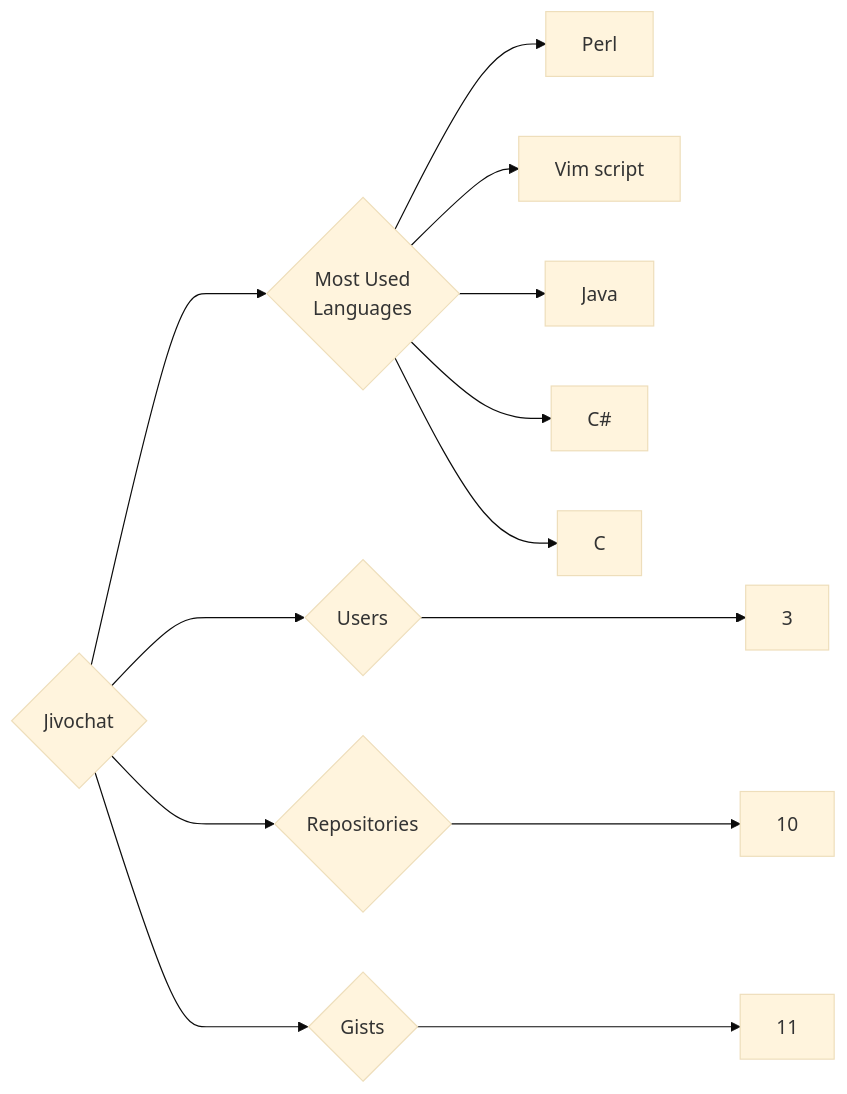
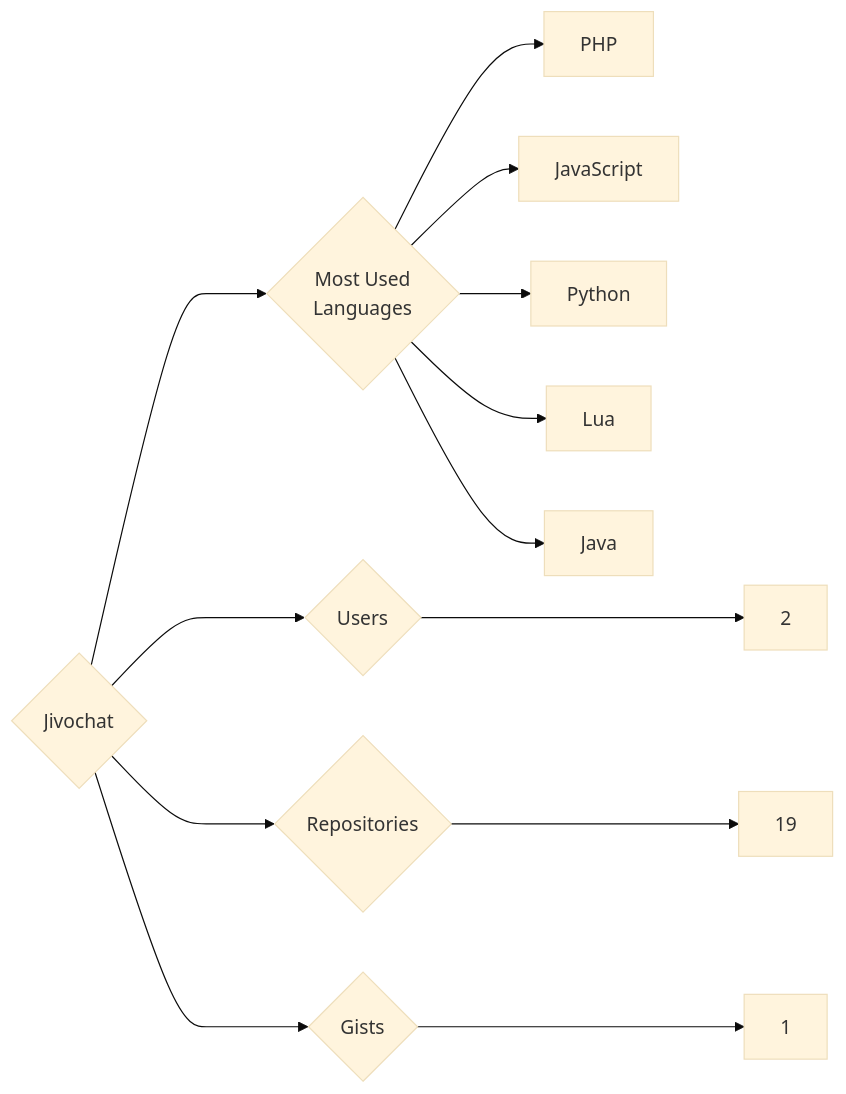
The diagram in targets/Jivochat/README.md (trickest/insiders), drawn with Mermaid (base theme) before and after one commit. The commit also changed 721 other files, not shown here.

````diff
--- a/targets/Jivochat/README.md
+++ b/targets/Jivochat/README.md
@@ -3,13 +3,13 @@
 ```mermaid
 graph LR
 COMPANY_NAME{Jivochat}
-COMPANY_NAME ---> U{Users} ---> UN[3]
-COMPANY_NAME ---> R{Repositories} ---> RN[10]
-COMPANY_NAME ---> G{Gists} ---> GN[11]
+COMPANY_NAME ---> U{Users} ---> UN[2]
+COMPANY_NAME ---> R{Repositories} ---> RN[19]
+COMPANY_NAME ---> G{Gists} ---> GN[1]
 COMPANY_NAME ---> ML{Most Used<br>Languages}
-ML --> Perl[Perl]
-ML --> Vim_script[Vim script]
+ML --> PHP[PHP]
+ML --> JavaScript[JavaScript]
+ML --> Python[Python]
+ML --> Lua[Lua]
 ML --> Java[Java]
-ML --> C#[C#]
-ML --> C[C]
 ```
````
